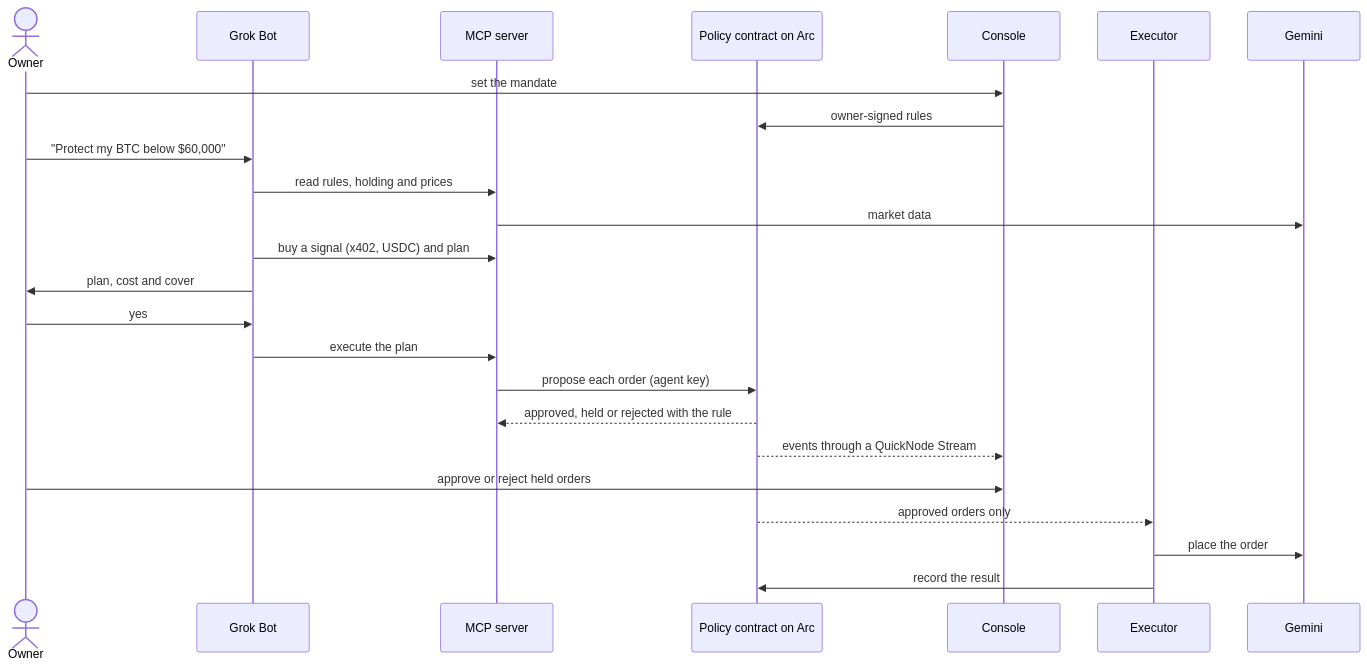
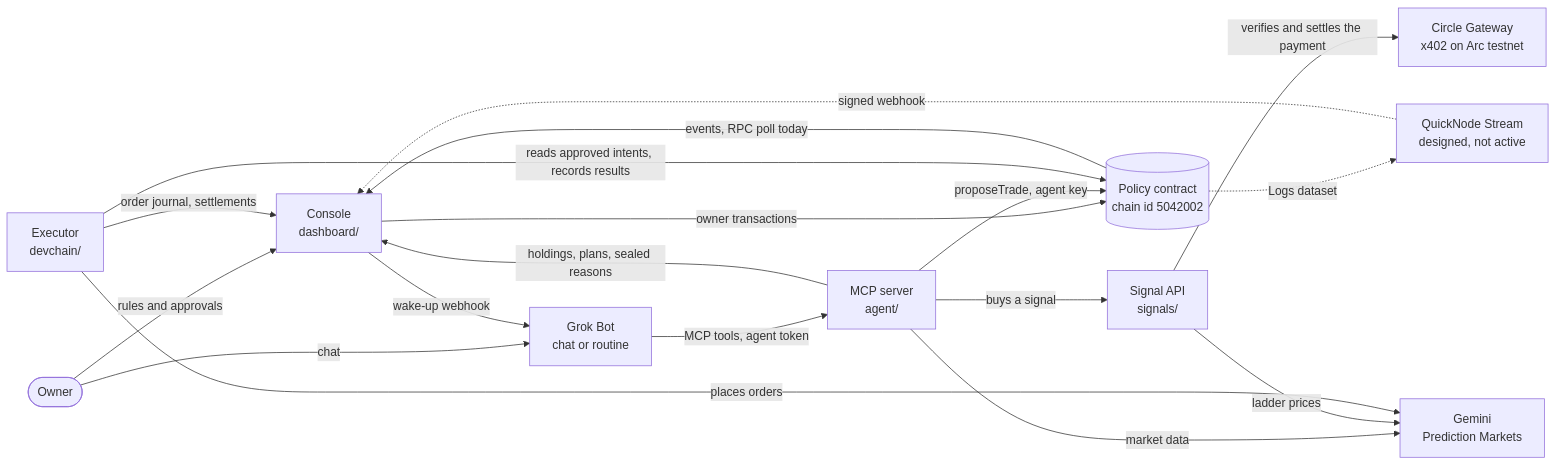
One commit to DoctorFlu/UBC changed the diagram in README.md. Above: the diagram before and after it, drawn with Mermaid. The commit also changed other lines of this file, not shown here.

Commit message:
docs(readme): what Mandate is, its architecture, one hedge end to end, what is real, the safety model and the sponsor technologies

````diff
--- a/README.md
+++ b/README.md
@@ -29,27 +23,31 @@
 ```mermaid
-sequenceDiagram
-    actor Owner
-    participant Grok as Grok Bot
-    participant MCP as MCP server
-    participant Policy as Policy contract on Arc
-    participant Console
-    participant Executor
-    participant Gemini
+flowchart LR
+    Owner([Owner])
+    Grok["Grok Bot<br/>chat or routine"]
+    Console["Console<br/>dashboard/"]
+    MCP["MCP server<br/>agent/"]
+    Signals["Signal API<br/>signals/"]
+    Executor["Executor<br/>devchain/"]
+    Policy[("Policy contract<br/>chain id 5042002")]
+    Gemini["Gemini<br/>Prediction Markets"]
+    Gateway["Circle Gateway<br/>x402 on Arc testnet"]
+    Streams["QuickNode Stream<br/>designed, not active"]
 
-    Owner->>Console: set the mandate
-    Console->>Policy: owner-signed rules
-    Owner->>Grok: "Protect my BTC below $60,000"
-    Grok->>MCP: read rules, holding and prices
-    MCP->>Gemini: market data
-    Grok->>MCP: buy a signal (x402, USDC) and plan
-    Grok->>Owner: plan, cost and cover
-    Owner->>Grok: yes
-    Grok->>MCP: execute the plan
-    MCP->>Policy: propose each order (agent key)
-    Policy-->>MCP: approved, held or rejected with the rule
-    Policy-->>Console: events through a QuickNode Stream
-    Owner->>Console: approve or reject held orders
-    Policy-->>Executor: approved orders only
-    Executor->>Gemini: place the order
-    Executor->>Policy: record the result
+    Owner -- "rules and approvals" --> Console
+    Console -- "owner transactions" --> Policy
+    Owner -- "chat" --> Grok
+    Console -- "wake-up webhook" --> Grok
+    Grok -- "MCP tools, agent token" --> MCP
+    MCP -- "proposeTrade, agent key" --> Policy
+    MCP -- "holdings, plans, sealed reasons" --> Console
+    MCP -- "market data" --> Gemini
+    MCP -- "buys a signal" --> Signals
+    Signals -- "verifies and settles the payment" --> Gateway
+    Signals -- "ladder prices" --> Gemini
+    Executor -- "reads approved intents, records results" --> Policy
+    Executor -- "places orders" --> Gemini
+    Executor -- "order journal, settlements" --> Console
+    Policy -- "events, RPC poll today" --> Console
+    Policy -. "Logs dataset" .-> Streams
+    Streams -. "signed webhook" .-> Console
 ```
````
